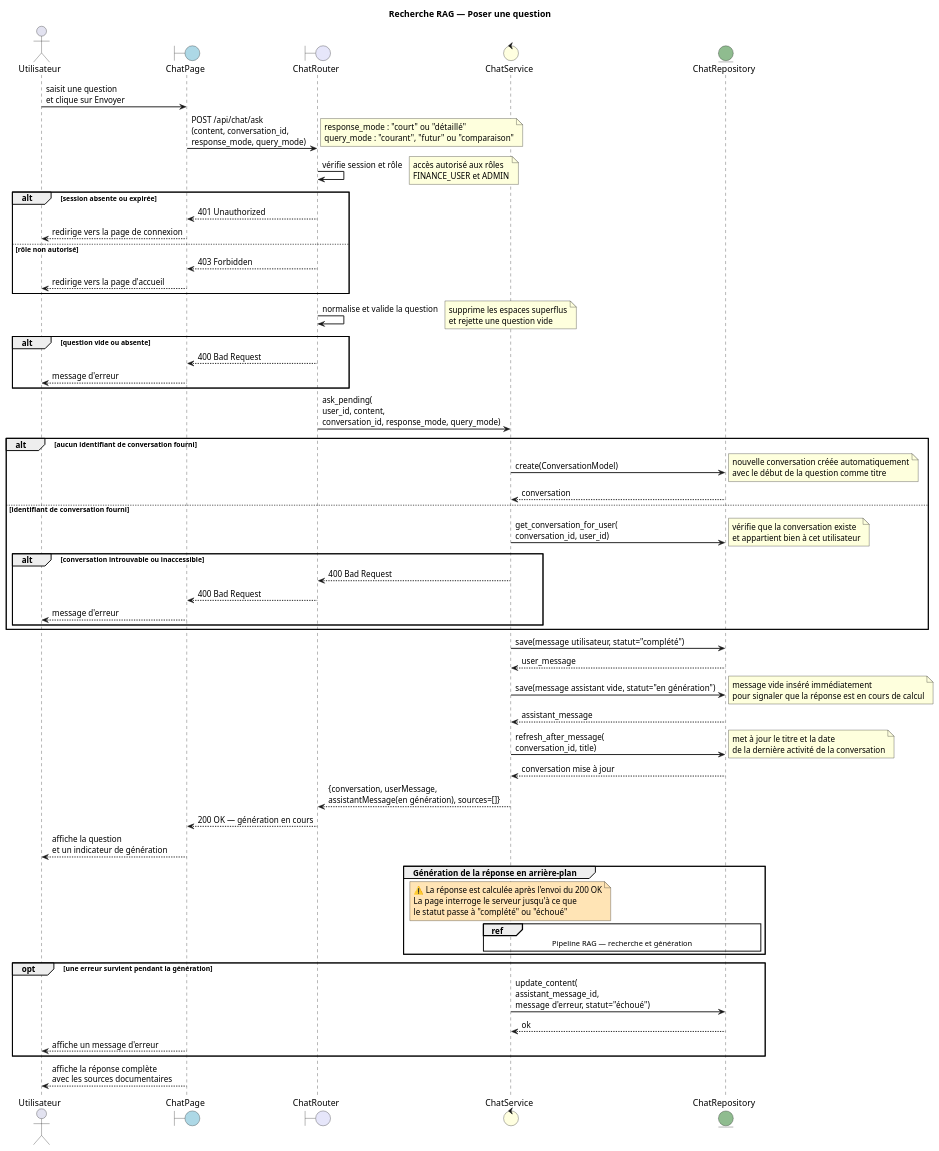
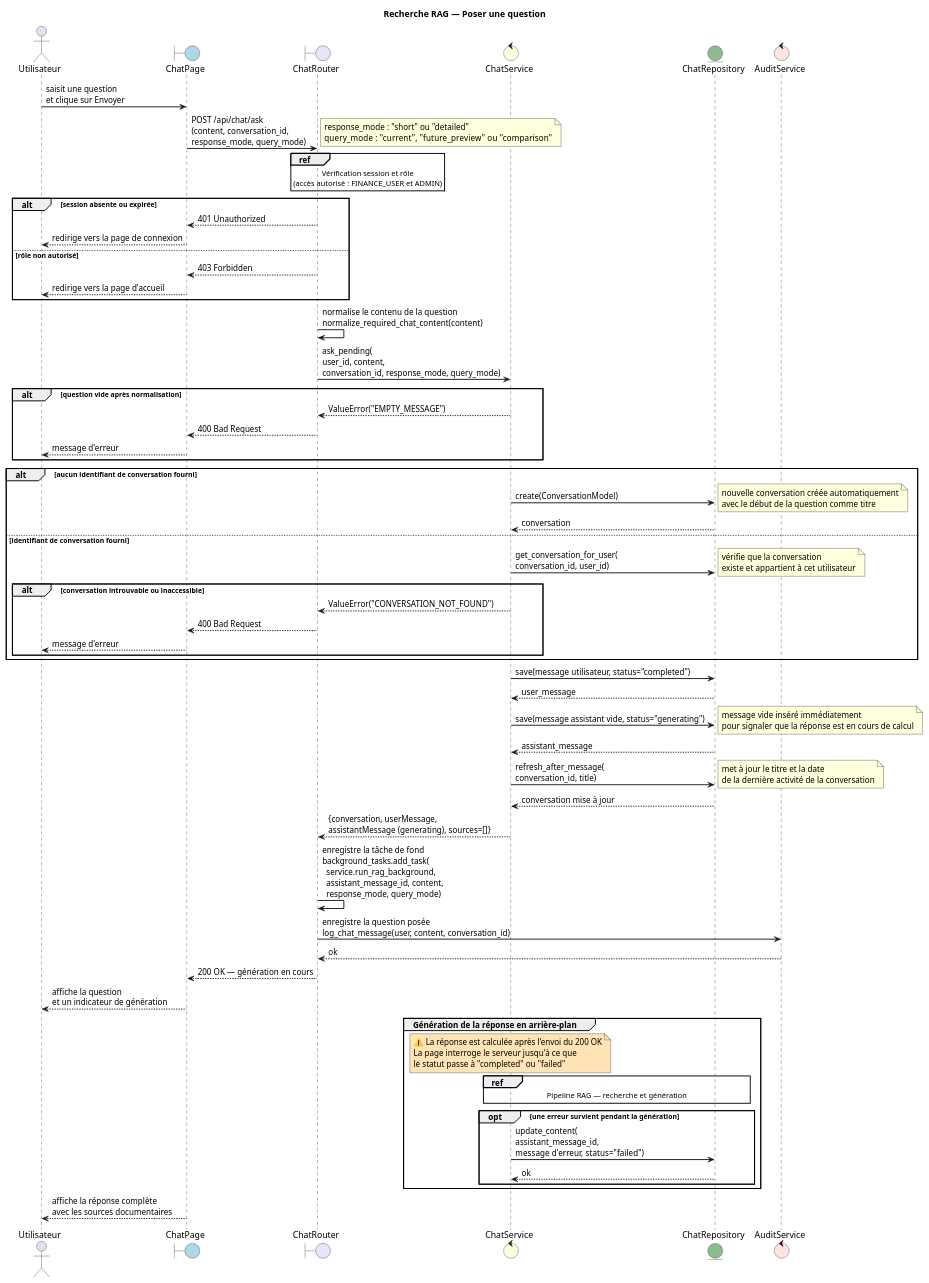
One commit to stagepfe2026/finance_rag_project changed the diagram in diagrams/ask_chat/ask_chat.puml. Above: the diagram before and after it, drawn with PlantUML. The commit also changed 66 other files, not shown here.

```diff
--- a/diagrams/ask_chat/ask_chat.puml
+++ b/diagrams/ask_chat/ask_chat.puml
@@ -1,91 +1,101 @@
 @startuml ask_chat
 
 title Recherche RAG — Poser une question
 
 skinparam sequenceArrowThickness 1.5
 skinparam sequenceGroupBorderThickness 1.5
 skinparam backgroundColor #ffffff
 skinparam sequenceGroupBodyBackgroundColor transparent
 
 actor Utilisateur
 
 boundary "ChatPage" as Page #LightBlue
 boundary "ChatRouter" as Router #Lavender
 control "ChatService" as ChatService #LightYellow
 entity "ChatRepository" as ChatRepo #DarkSeaGreen
+control "AuditService" as Audit #MistyRose
 
 Utilisateur -> Page : saisit une question\net clique sur Envoyer
 
 Page -> Router : POST /api/chat/ask\n(content, conversation_id,\nresponse_mode, query_mode)
-note right : response_mode : "court" ou "détaillé"\nquery_mode : "courant", "futur" ou "comparaison"
+note right
+    response_mode : "short" ou "detailed"
+    query_mode    : "current", "future_preview" ou "comparison"
+end note
 
-Router -> Router : vérifie session et rôle
-note right : accès autorisé aux rôles\nFINANCE_USER et ADMIN
+ref over Router
+    Vérification session et rôle
+    (accès autorisé : FINANCE_USER et ADMIN)
+end ref
 
 alt session absente ou expirée
     Router --> Page : 401 Unauthorized
     Page --> Utilisateur : redirige vers la page de connexion
 else rôle non autorisé
     Router --> Page : 403 Forbidden
     Page --> Utilisateur : redirige vers la page d'accueil
 end
 
-Router -> Router : normalise et valide la question
-note right : supprime les espaces superflus\net rejette une question vide
+Router -> Router : normalise le contenu de la question\nnormalize_required_chat_content(content)
 
-alt question vide ou absente
+Router -> ChatService : ask_pending(\nuser_id, content,\nconversation_id, response_mode, query_mode)
+
+alt question vide après normalisation
+    ChatService --> Router : ValueError("EMPTY_MESSAGE")
     Router --> Page : 400 Bad Request
     Page --> Utilisateur : message d'erreur
 end
-
-Router -> ChatService : ask_pending(\nuser_id, content,\nconversation_id, response_mode, query_mode)
 
 alt aucun identifiant de conversation fourni
     ChatService -> ChatRepo : create(ConversationModel)
     note right : nouvelle conversation créée automatiquement\navec le début de la question comme titre
     ChatRepo --> ChatService : conversation
 else identifiant de conversation fourni
     ChatService -> ChatRepo : get_conversation_for_user(\nconversation_id, user_id)
-    note right : vérifie que la conversation existe\net appartient bien à cet utilisateur
+    note right : vérifie que la conversation\nexiste et appartient à cet utilisateur
     alt conversation introuvable ou inaccessible
-        ChatService --> Router : 400 Bad Request
+        ChatService --> Router : ValueError("CONVERSATION_NOT_FOUND")
         Router --> Page : 400 Bad Request
         Page --> Utilisateur : message d'erreur
     end
 end
 
-ChatService -> ChatRepo : save(message utilisateur, statut="complété")
+ChatService -> ChatRepo : save(message utilisateur, status="completed")
 ChatRepo --> ChatService : user_message
 
-ChatService -> ChatRepo : save(message assistant vide, statut="en génération")
+ChatService -> ChatRepo : save(message assistant vide, status="generating")
 note right : message vide inséré immédiatement\npour signaler que la réponse est en cours de calcul
 ChatRepo --> ChatService : assistant_message
 
 ChatService -> ChatRepo : refresh_after_message(\nconversation_id, title)
 note right : met à jour le titre et la date\nde la dernière activité de la conversation
 ChatRepo --> ChatService : conversation mise à jour
 
-ChatService --> Router : {conversation, userMessage,\nassistantMessage(en génération), sources=[]}
+ChatService --> Router : {conversation, userMessage,\nassistantMessage (generating), sources=[]}
+
+Router -> Router : enregistre la tâche de fond\nbackground_tasks.add_task(\n  service.run_rag_background,\n  assistant_message_id, content,\n  response_mode, query_mode)
+
+Router -> Audit : enregistre la question posée\nlog_chat_message(user, content, conversation_id)
+Audit --> Router : ok
 
 Router --> Page : 200 OK — génération en cours
 Page --> Utilisateur : affiche la question\net un indicateur de génération
 
 group Génération de la réponse en arrière-plan
 
-    note over ChatService #FFE4B5 : ⚠️ La réponse est calculée après l'envoi du 200 OK\nLa page interroge le serveur jusqu'à ce que\nle statut passe à "complété" ou "échoué"
+    note over ChatService #FFE4B5 : ⚠️ La réponse est calculée après l'envoi du 200 OK\nLa page interroge le serveur jusqu'à ce que\nle statut passe à "completed" ou "failed"
 
     ref over ChatService, ChatRepo
         Pipeline RAG — recherche et génération
     end ref
 
-end
+    opt une erreur survient pendant la génération
+        ChatService -> ChatRepo : update_content(\nassistant_message_id,\nmessage d'erreur, status="failed")
+        ChatRepo --> ChatService : ok
+    end
 
-opt une erreur survient pendant la génération
-    ChatService -> ChatRepo : update_content(\nassistant_message_id,\nmessage d'erreur, statut="échoué")
-    ChatRepo --> ChatService : ok
-    Page --> Utilisateur : affiche un message d'erreur
 end
 
 Page --> Utilisateur : affiche la réponse complète\navec les sources documentaires
 
 @enduml
```
